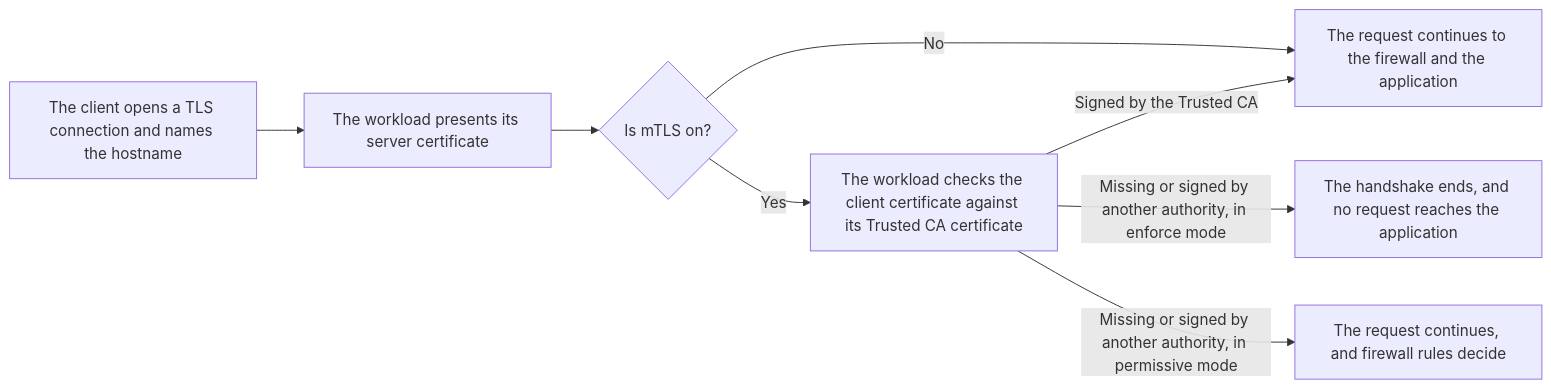
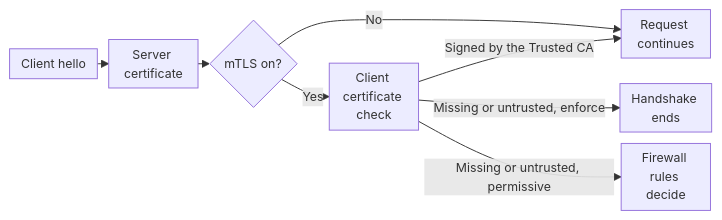
One commit to aziontech/docs changed the second of 4 diagrams in src/content/docs/en/pages/secure/workloads/how-it-works.mdx. Above: the diagram before and after it, drawn with Mermaid. The commit also changed other lines of this file and 5 other files, not shown here.

First line of the commit message:
docs(workloads): fit the section's diagrams to the frame without horizontal scroll

````diff
--- a/src/content/docs/en/pages/secure/workloads/how-it-works.mdx
+++ b/src/content/docs/en/pages/secure/workloads/how-it-works.mdx
@@ -130,10 +131,11 @@
 ```mermaid
+%%{init: {"layout": "dagre", "themeVariables": {"fontSize": "13px"}, "flowchart": {"nodeSpacing": 12, "rankSpacing": 12, "padding": 6, "wrappingWidth": 70, "minNodeWidth": 40, "useMaxWidth": true}}}%%
 flowchart LR
-  Hello["The client opens a TLS connection and names the hostname"] --> Server["The workload presents its server certificate"]
-  Server --> Mtls{"Is mTLS on?"}
-  Mtls -->|"No"| Pass["The request continues to the firewall and the application"]
-  Mtls -->|"Yes"| Check["The workload checks the client certificate against its Trusted CA certificate"]
+  Hello["Client hello"] --> Server["Server certificate"]
+  Server --> Mtls{"mTLS on?"}
+  Mtls -->|"No"| Pass["Request continues"]
+  Mtls -->|"Yes"| Check["Client certificate check"]
   Check -->|"Signed by the Trusted CA"| Pass
-  Check -->|"Missing or signed by another authority, in enforce mode"| End["The handshake ends, and no request reaches the application"]
-  Check -->|"Missing or signed by another authority, in permissive mode"| Rules["The request continues, and firewall rules decide"]
+  Check -->|"Missing or untrusted, enforce"| End["Handshake ends"]
+  Check -->|"Missing or untrusted, permissive"| Rules["Firewall rules decide"]
 ```
````
